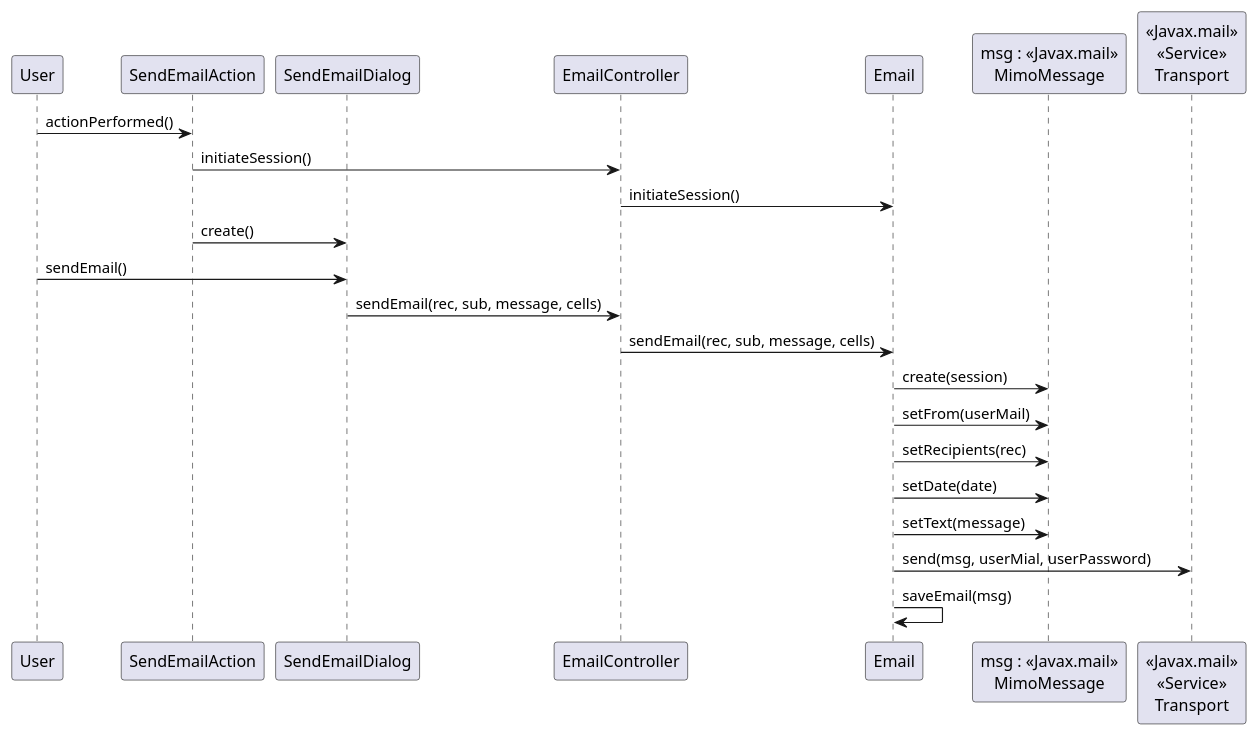
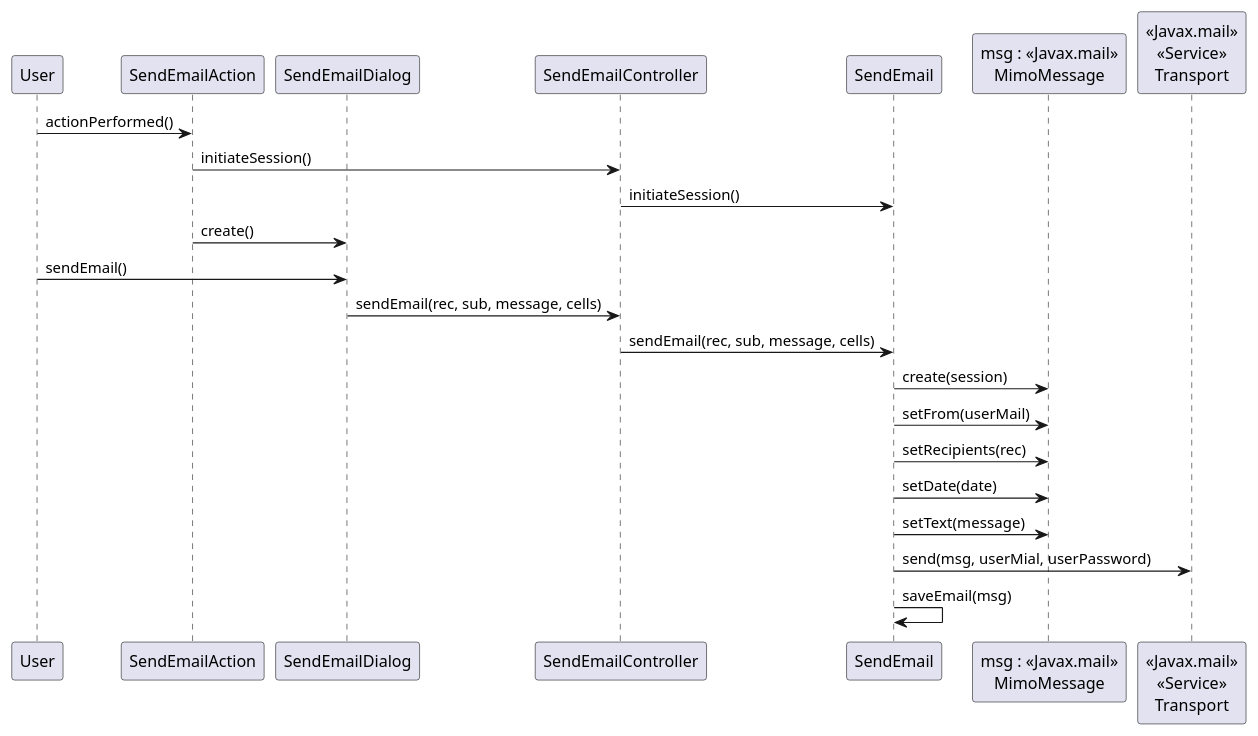
One commit to 1130348/Confusao changed the diagram in src/csheets/userstories/core05_02/send_Email/i130419/sequence_diagram.puml. Above: the diagram before and after it, drawn with PlantUML.

Commit message:
Correção da documentação

```diff
--- a/src/csheets/userstories/core05_02/send_Email/i130419/sequence_diagram.puml
+++ b/src/csheets/userstories/core05_02/send_Email/i130419/sequence_diagram.puml
@@ -1,24 +1,24 @@
 @startuml doc-files/sequence_diagram.png
 participant User as usr
 participant "SendEmailAction" as sea
 participant "SendEmailDialog" as sed
-participant "EmailController" as emc
-participant "Email" as em
+participant "SendEmailController" as emc
+participant "SendEmail" as em
 participant "msg : <<Javax.mail>>\nMimoMessage" as mm
 participant "<<Javax.mail>>\n<<Service>>\nTransport" as tra
 usr -> sea : actionPerformed()
 sea -> emc : initiateSession()
 emc -> em : initiateSession()
 sea -> sed : create()
 usr -> sed : sendEmail()
 sed -> emc : sendEmail(rec, sub, message, cells)
 emc -> em : sendEmail(rec, sub, message, cells)
 em -> mm : create(session)
 em -> mm : setFrom(userMail)
 em -> mm : setRecipients(rec)
 em -> mm : setDate(date)
 em -> mm : setText(message)
 em -> tra : send(msg, userMial, userPassword)
 em -> em : saveEmail(msg)
 
 @enduml
```
